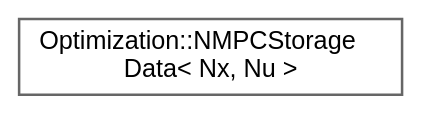
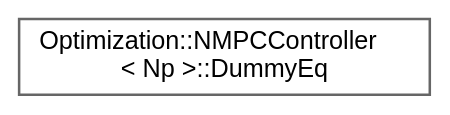
Before and after one commit to jswoo0615/Algorithms_for_Optimization_cpp: the diagram in inherit_graph_44.dot, drawn with Graphviz. The commit also changed 119 other files, not shown here.

```diff
--- a/inherit_graph_44.dot
+++ b/inherit_graph_44.dot
@@ -1,9 +1,9 @@
 digraph "Graphical Class Hierarchy"
 {
  // LATEX_PDF_SIZE
   bgcolor="transparent";
   edge [fontname=Helvetica,fontsize=10,labelfontname=Helvetica,labelfontsize=10];
   node [fontname=Helvetica,fontsize=10,shape=box,height=0.2,width=0.4];
   rankdir="LR";
-  Node0 [id="Node000000",label="Optimization::NMPCStorage\lData\< Nx, Nu \>",height=0.2,width=0.4,color="grey40", fillcolor="white", style="filled",URL="$structOptimization_1_1NMPCStorageData.html",tooltip="NMPC (Nonlinear Model Predictive Control) 최적화 문제에서 단일 예측 스텝 (t = k)의 데이터를 담는 블록 구조체."];
+  Node0 [id="Node000000",label="Optimization::NMPCController\l\< Np \>::DummyEq",height=0.2,width=0.4,color="grey40", fillcolor="white", style="filled",URL="$structOptimization_1_1NMPCController_1_1DummyEq.html",tooltip=" "];
 }
```
